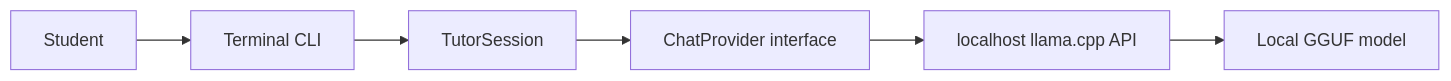
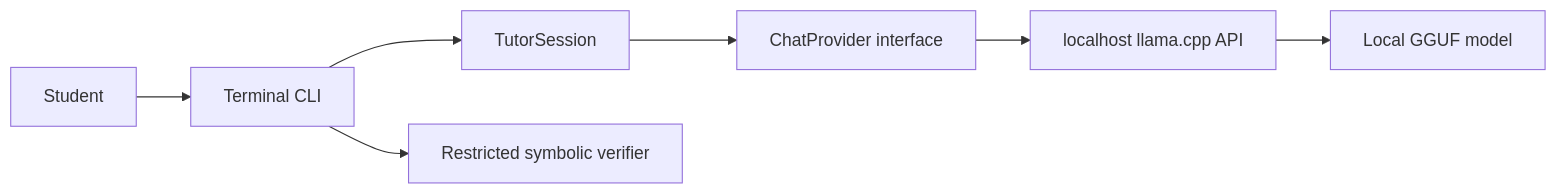
Before and after one commit to GizmosGarage/Sensei: the diagram in docs/TEXT_TUTOR.md, drawn with Mermaid. The commit also changed other lines of this file and 17 other files, not shown here.

````diff
--- a/docs/TEXT_TUTOR.md
+++ b/docs/TEXT_TUTOR.md
@@ -76,8 +79,9 @@
 ```mermaid
 flowchart LR
     Student --> CLI[Terminal CLI]
     CLI --> Session[TutorSession]
+    CLI --> Verifier[Restricted symbolic verifier]
     Session --> Provider[ChatProvider interface]
     Provider --> API[localhost llama.cpp API]
     API --> Model[Local GGUF model]
 ```
````
